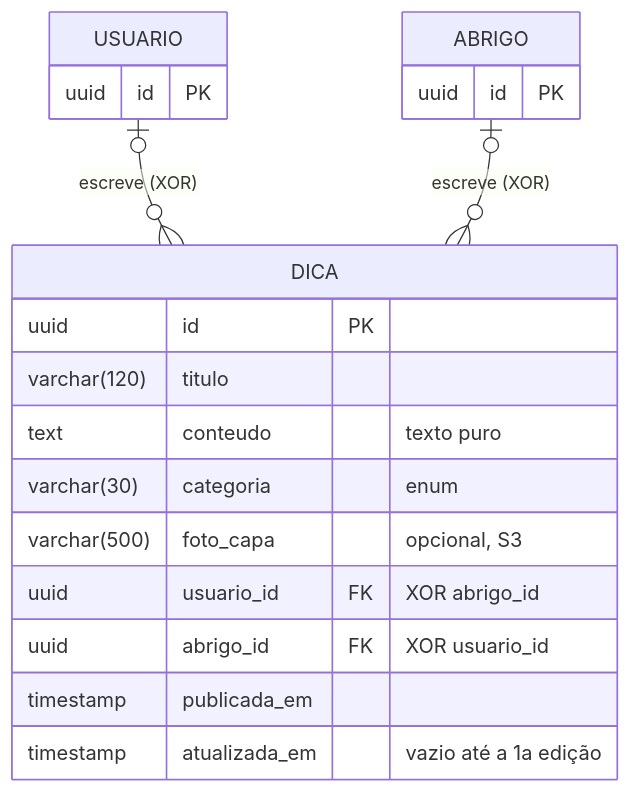
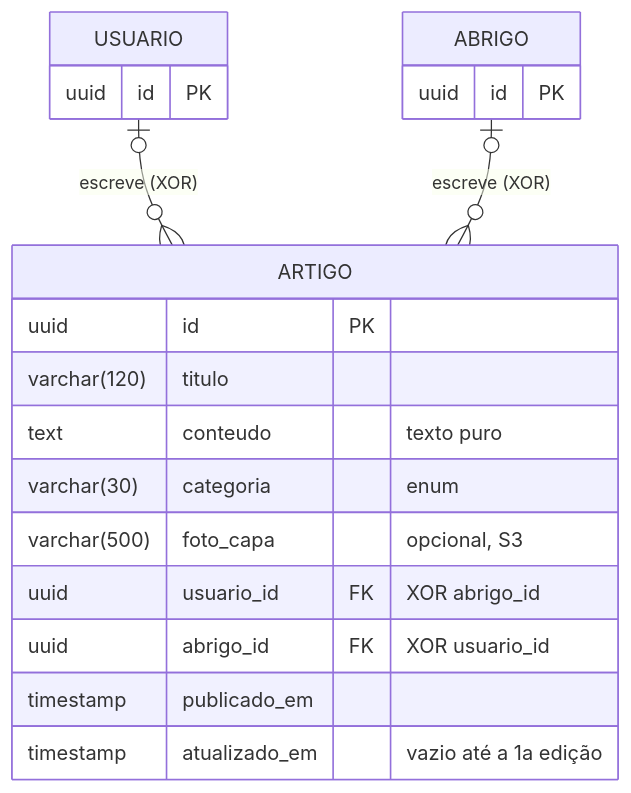
The sixth of 6 diagrams in docs/diagramas/diagramas-adota-aqui.md (HayrineQueirozdeLima/Adota-Aqui), drawn with Mermaid before and after one commit. The commit also changed other lines of this file and 48 other files, not shown here.

````diff
--- a/docs/diagramas/diagramas-adota-aqui.md
+++ b/docs/diagramas/diagramas-adota-aqui.md
@@ -340,25 +340,25 @@
 ```mermaid
 erDiagram
-    USUARIO |o--o{ DICA : "escreve (XOR)"
-    ABRIGO |o--o{ DICA : "escreve (XOR)"
+    USUARIO |o--o{ ARTIGO : "escreve (XOR)"
+    ABRIGO |o--o{ ARTIGO : "escreve (XOR)"
 
     USUARIO {
         uuid id PK
     }
 
     ABRIGO {
         uuid id PK
     }
 
-    DICA {
+    ARTIGO {
         uuid id PK
         varchar(120) titulo
         text conteudo "texto puro"
         varchar(30) categoria "enum"
         varchar(500) foto_capa "opcional, S3"
         uuid usuario_id FK "XOR abrigo_id"
         uuid abrigo_id FK "XOR usuario_id"
-        timestamp publicada_em
-        timestamp atualizada_em "vazio até a 1a edição"
+        timestamp publicado_em
+        timestamp atualizado_em "vazio até a 1a edição"
     }
 ```
````
